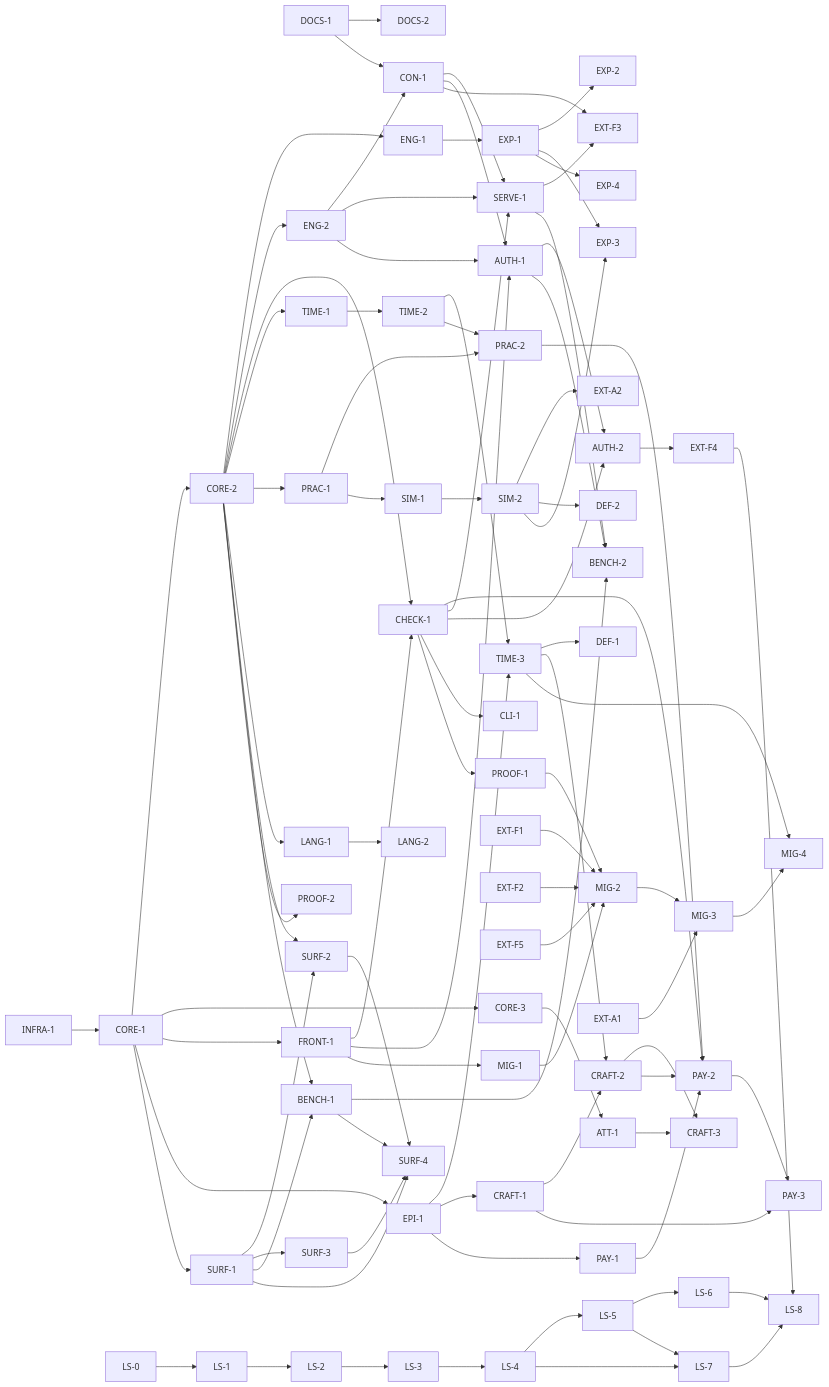
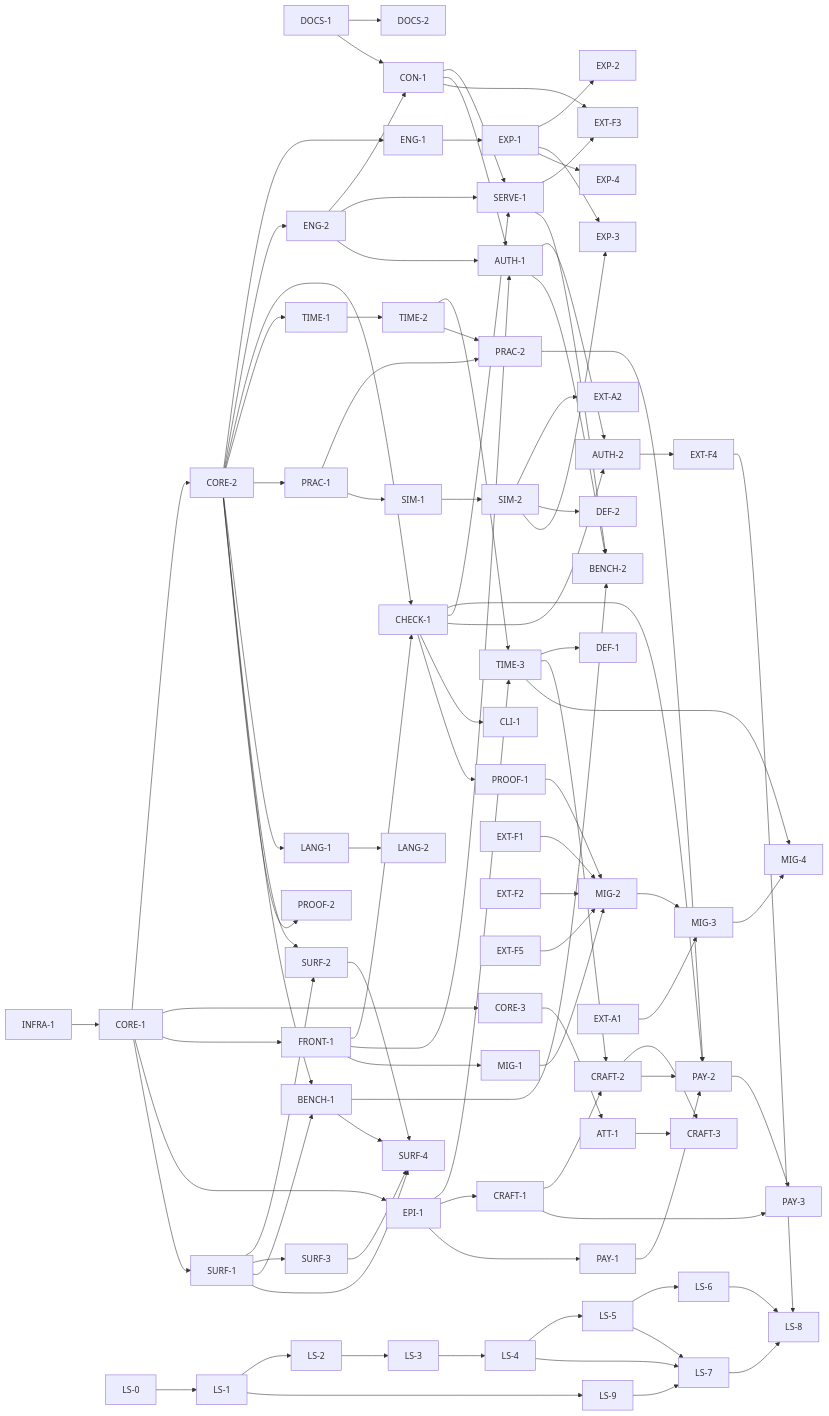
One commit to jeffreykentjr/deloreis changed the diagram in docs/PLAN.md. Above: the diagram before and after it, drawn with Mermaid. The commit also changed other lines of this file and 2 other files, not shown here.

```diff
--- a/docs/PLAN.md
+++ b/docs/PLAN.md
@@ -580,6 +591,8 @@
   LS-3 --> LS-4
   LS-4 --> LS-5
   LS-5 --> LS-6
+  LS-1 --> LS-9
+  LS-9 --> LS-7
   LS-4 --> LS-7
   LS-5 --> LS-7
   LS-6 --> LS-8
```
